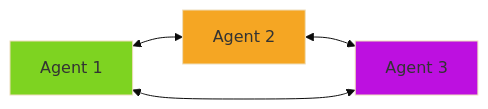
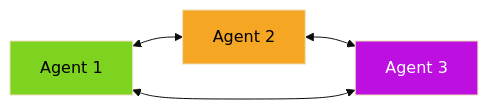
The third of 5 diagrams in lesson-2-multi-agent/tutorial-2/concepts/multi-agent-architecture.md (EideticPleroma/tutorials), drawn with Mermaid (base theme) before and after one commit. The commit also changed other lines of this file and 7 other files, not shown here.

First line of the commit message:
docs: implement color contrast standards across all diagrams

````diff
--- a/lesson-2-multi-agent/tutorial-2/concepts/multi-agent-architecture.md
+++ b/lesson-2-multi-agent/tutorial-2/concepts/multi-agent-architecture.md
@@ -190,10 +190,10 @@
 ```mermaid
 graph LR
     Agent1[Agent 1] <--> Agent2[Agent 2]
     Agent2 <--> Agent3[Agent 3]
     Agent3 <--> Agent1
     
-    style Agent1 fill:#7ED321
-    style Agent2 fill:#F5A623
-    style Agent3 fill:#BD10E0
+    style Agent1 fill:#7ED321,color:#000000
+    style Agent2 fill:#F5A623,color:#000000
+    style Agent3 fill:#BD10E0,color:#FFFFFF
 ```
````
